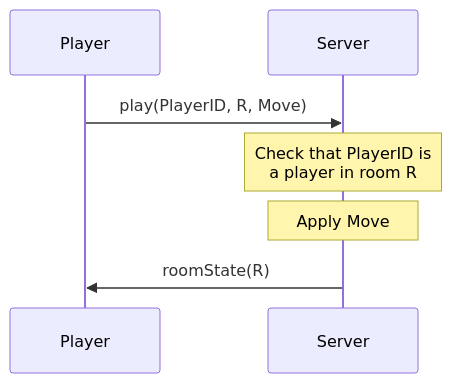
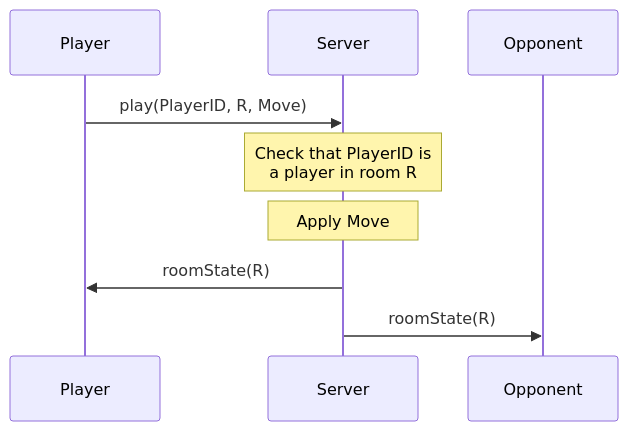
One commit to acotis/KuraKura changed the second of 2 diagrams in spec.md. Above: the diagram before and after it, drawn with Mermaid.

Commit message:
Send new room state to both players

````diff
--- a/spec.md
+++ b/spec.md
@@ -39,7 +39,8 @@
 ```mermaid
 sequenceDiagram
 Player ->> Server: play(PlayerID, R, Move)
 Note over Server: Check that PlayerID is<br>a player in room R
 Note over Server: Apply Move
 Server ->> Player: roomState(R)
+Server ->> Opponent: roomState(R)
 ```
````
